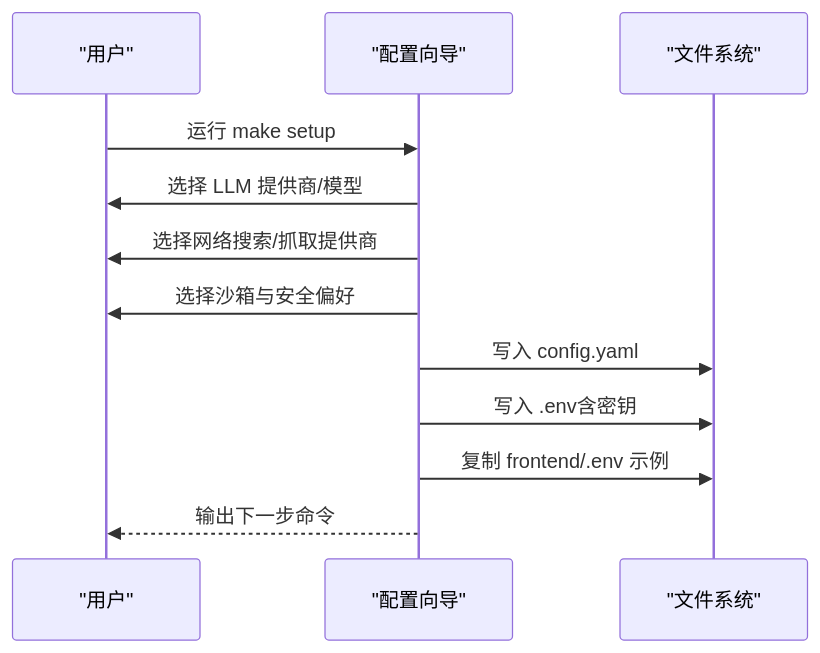
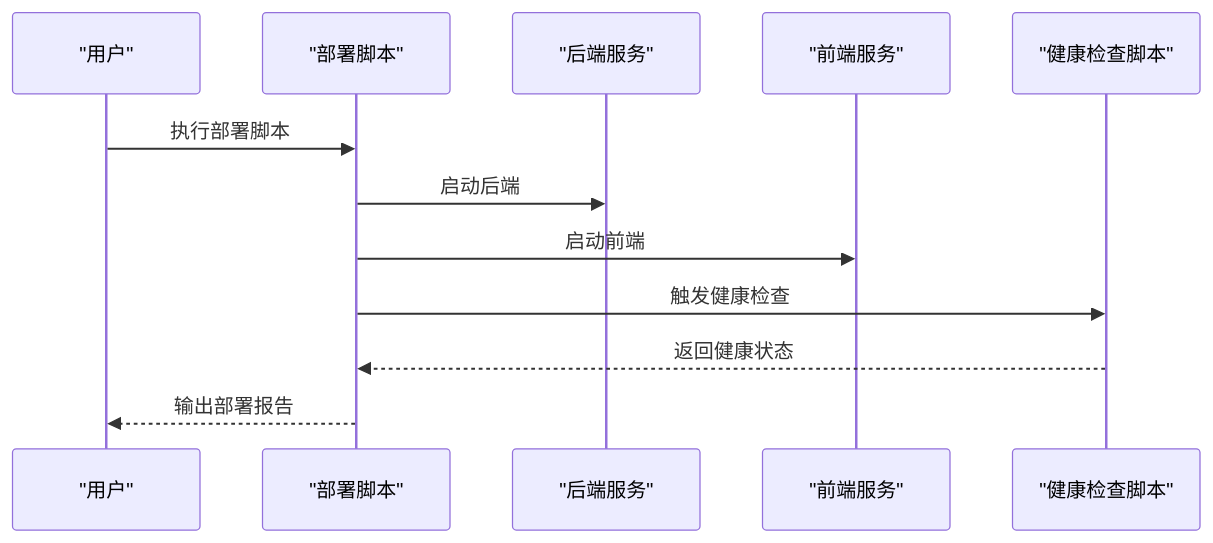
Before and after one commit to OldBoy405/deerflow-custom: the fifth of 6 diagrams in .qoder/repowiki/zh/content/快速开始.md, drawn with Mermaid. The commit also changed other lines of this file and 786 other files, not shown here.

````diff
--- a/.qoder/repowiki/zh/content/快速开始.md
+++ b/.qoder/repowiki/zh/content/快速开始.md
@@ -161,14 +243,14 @@
 ```mermaid
 sequenceDiagram
-participant U as "用户"
-participant W as "配置向导"
-participant FS as "文件系统"
-U->>W : 运行 make setup
-W->>U : 选择 LLM 提供商/模型
-W->>U : 选择网络搜索/抓取提供商
-W->>U : 选择沙箱与安全偏好
-W->>FS : 写入 config.yaml
-W->>FS : 写入 .env含密钥
-W->>FS : 复制 frontend/.env 示例
-W-->>U : 输出下一步命令
+participant User as "用户"
+participant Script as "部署脚本"
+participant Backend as "后端服务"
+participant Frontend as "前端服务"
+participant Health as "健康检查脚本"
+User->>Script : 执行部署脚本
+Script->>Backend : 启动后端
+Script->>Frontend : 启动前端
+Script->>Health : 触发健康检查
+Health-->>Script : 返回健康状态
+Script-->>User : 输出部署报告
 ```
````
